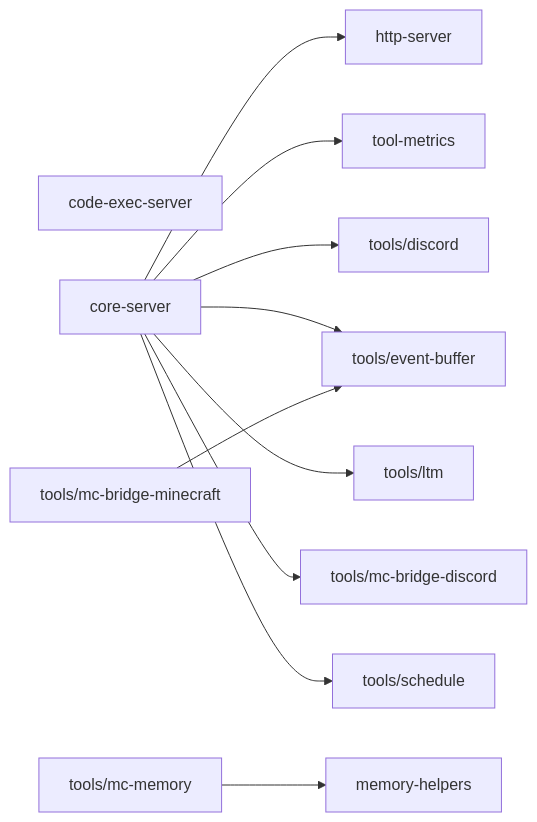
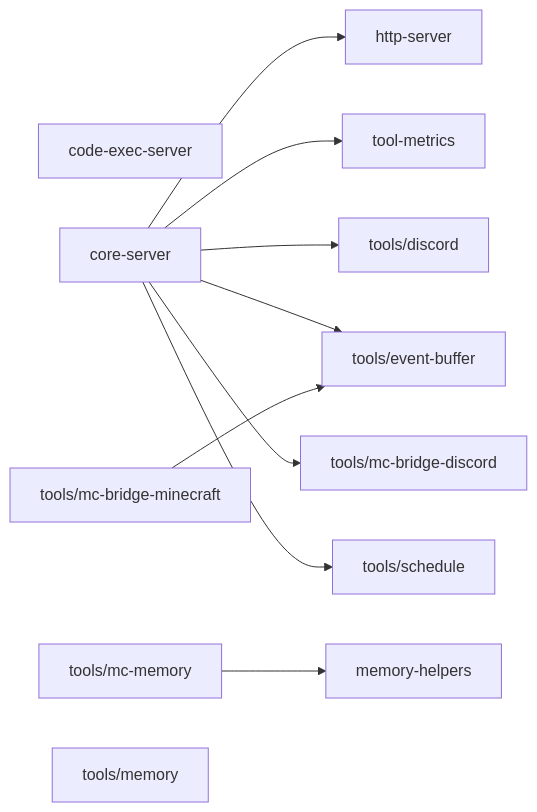
The diagram in packages/mcp/DEPS.md (OJII3/vicissitude), drawn with Mermaid before and after one commit. The commit also changed other lines of this file and 47 other files, not shown here.

First line of the commit message:
refactor: packages/ltm → packages/memory (内部リネーム)

````diff
--- a/packages/mcp/DEPS.md
+++ b/packages/mcp/DEPS.md
@@ -7,21 +7,20 @@
 ```mermaid
 graph LR
   code_exec_server["code-exec-server"]
   core_server["core-server"] --> http_server["http-server"]
   core_server["core-server"] --> tool_metrics["tool-metrics"]
   core_server["core-server"] --> tools_discord["tools/discord"]
   core_server["core-server"] --> tools_event_buffer["tools/event-buffer"]
-  core_server["core-server"] --> tools_ltm["tools/ltm"]
   core_server["core-server"] --> tools_mc_bridge_discord["tools/mc-bridge-discord"]
   core_server["core-server"] --> tools_schedule["tools/schedule"]
   http_server["http-server"]
   memory_helpers["memory-helpers"]
   tool_metrics["tool-metrics"]
   tools_discord["tools/discord"]
   tools_event_buffer["tools/event-buffer"]
-  tools_ltm["tools/ltm"]
   tools_mc_bridge_discord["tools/mc-bridge-discord"]
   tools_mc_bridge_minecraft["tools/mc-bridge-minecraft"] --> tools_event_buffer["tools/event-buffer"]
   tools_mc_memory["tools/mc-memory"] --> memory_helpers["memory-helpers"]
+  tools_memory["tools/memory"]
   tools_schedule["tools/schedule"]
 ```
````
